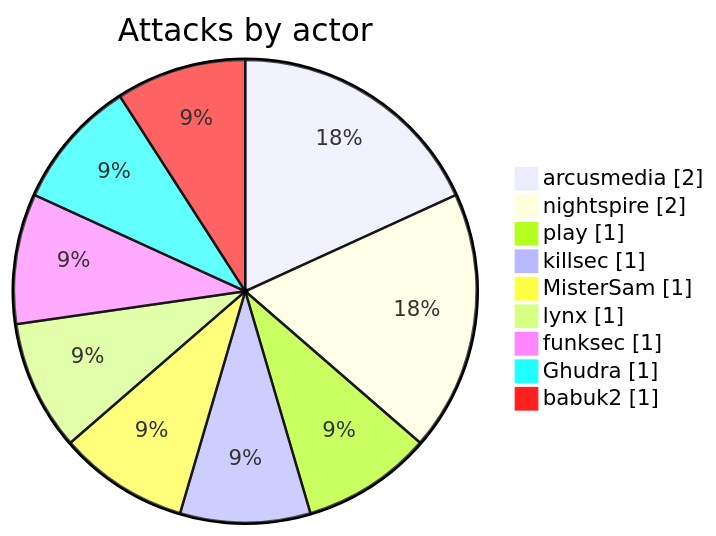
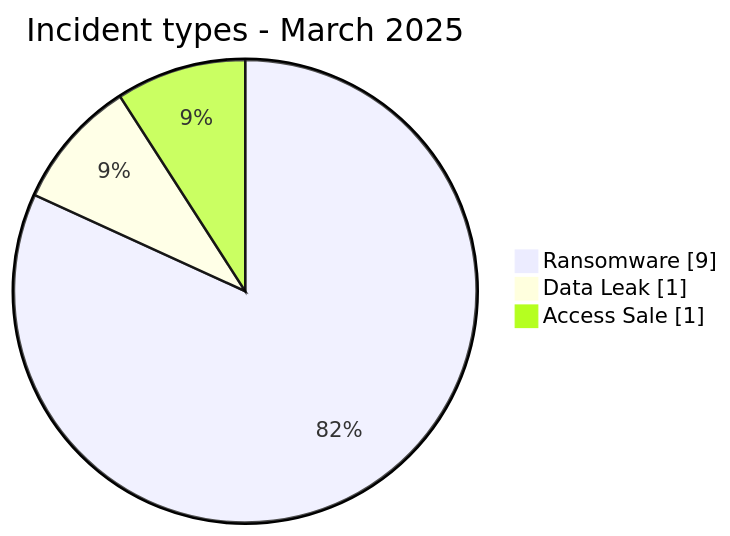
One commit to Hatchepsoute/AFRINTEL changed the first of 7 diagrams in CyberAttackAfrica/2025/03-march/README.md. Above: the diagram before and after it, drawn with Mermaid. The commit also changed other lines of this file and 7 other files, not shown here.

````diff
--- a/CyberAttackAfrica/2025/03-march/README.md
+++ b/CyberAttackAfrica/2025/03-march/README.md
@@ -37,13 +64,7 @@
 ```mermaid
 pie showData
-    title Attacks by actor
-    "arcusmedia" : 2
-    "nightspire" : 2
-    "play" : 1
-    "killsec" : 1
-    "MisterSam" : 1
-    "lynx" : 1
-    "funksec" : 1
-    "Ghudra" : 1
-    "babuk2" : 1
+    title Incident types - March 2025
+    "Ransomware" : 9
+    "Data Leak" : 1
+    "Access Sale" : 1
 ```
````
